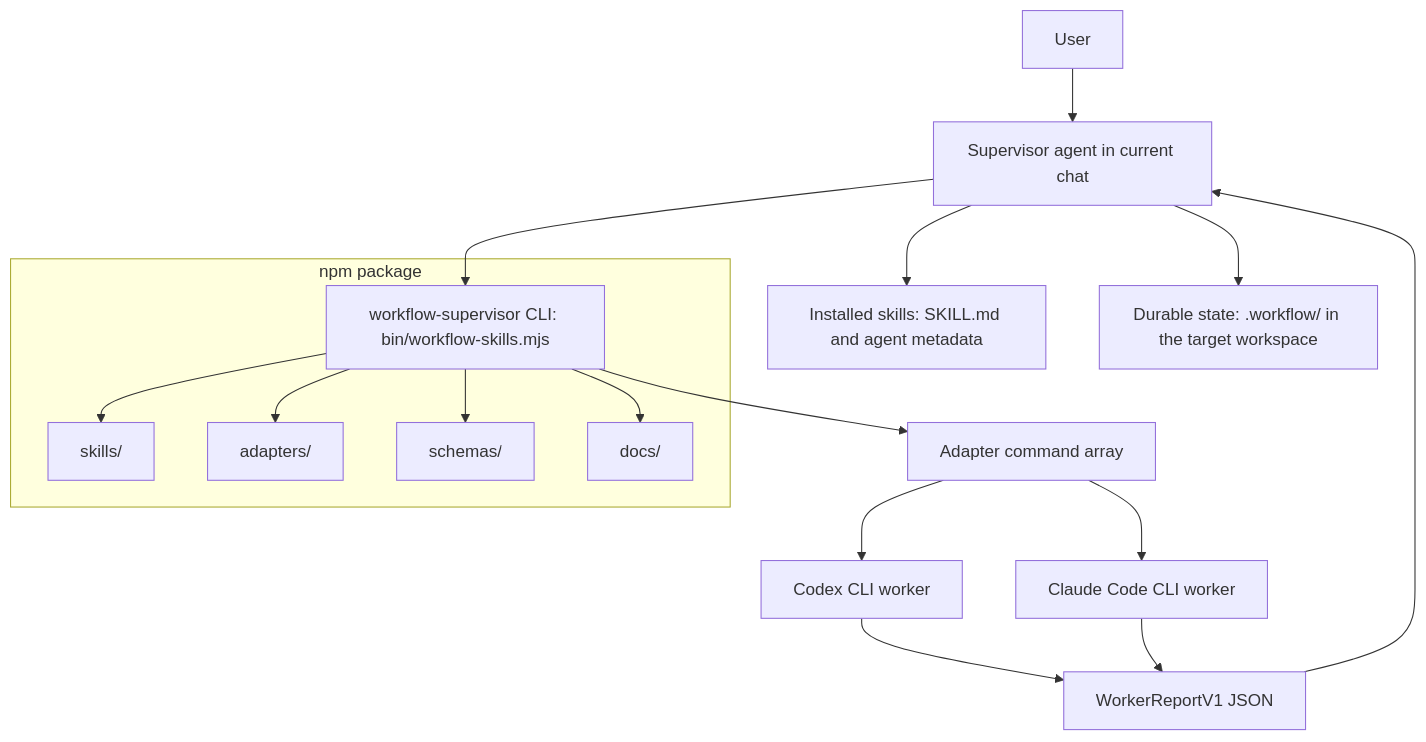
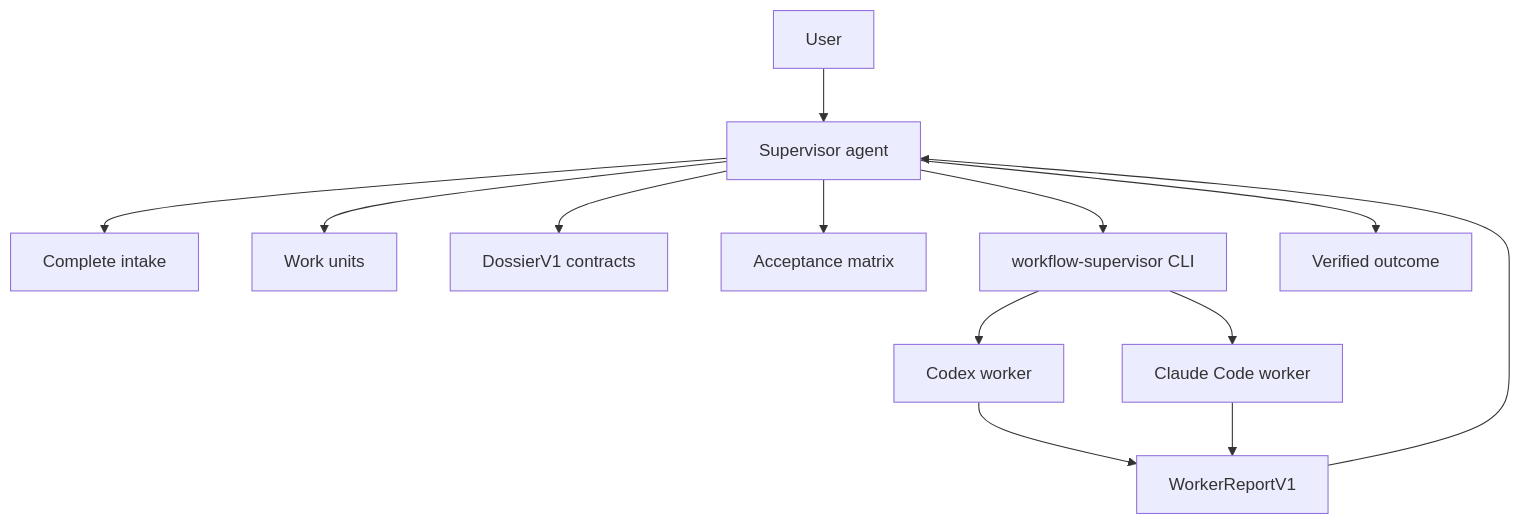
Before and after one commit to NikolaCehic/workflow-supervisor: the diagram in README.md, drawn with Mermaid. The commit also changed other lines of this file, not shown here.

Commit message:
Rewrite README for strict worker supervisor architecture

````diff
--- a/README.md
+++ b/README.md
@@ -73,26 +26,15 @@
 ```mermaid
 flowchart TB
-  User["User"] --> Supervisor["Supervisor agent in current chat"]
-  Supervisor --> Skills["Installed skills: SKILL.md and agent metadata"]
-  Supervisor --> State["Durable state: .workflow/ in the target workspace"]
-  Supervisor --> CLI["workflow-supervisor CLI: bin/workflow-skills.mjs"]
-
-  subgraph Package["npm package"]
-    SkillsSource["skills/"]
-    AdapterDefs["adapters/"]
-    SchemaDefs["schemas/"]
-    Docs["docs/"]
-    CLI
-  end
-
-  CLI --> SkillsSource
-  CLI --> AdapterDefs
-  CLI --> SchemaDefs
-  CLI --> Docs
-  CLI --> Adapters["Adapter command array"]
-  Adapters --> Codex["Codex CLI worker"]
-  Adapters --> Claude["Claude Code CLI worker"]
-  Codex --> Report["WorkerReportV1 JSON"]
+  User["User"] --> Supervisor["Supervisor agent"]
+  Supervisor --> Intake["Complete intake"]
+  Supervisor --> Units["Work units"]
+  Supervisor --> Dossiers["DossierV1 contracts"]
+  Supervisor --> Acceptance["Acceptance matrix"]
+  Supervisor --> CLI["workflow-supervisor CLI"]
+  CLI --> Codex["Codex worker"]
+  CLI --> Claude["Claude Code worker"]
+  Codex --> Report["WorkerReportV1"]
   Claude --> Report
   Report --> Supervisor
+  Supervisor --> Outcome["Verified outcome"]
 ```
````
